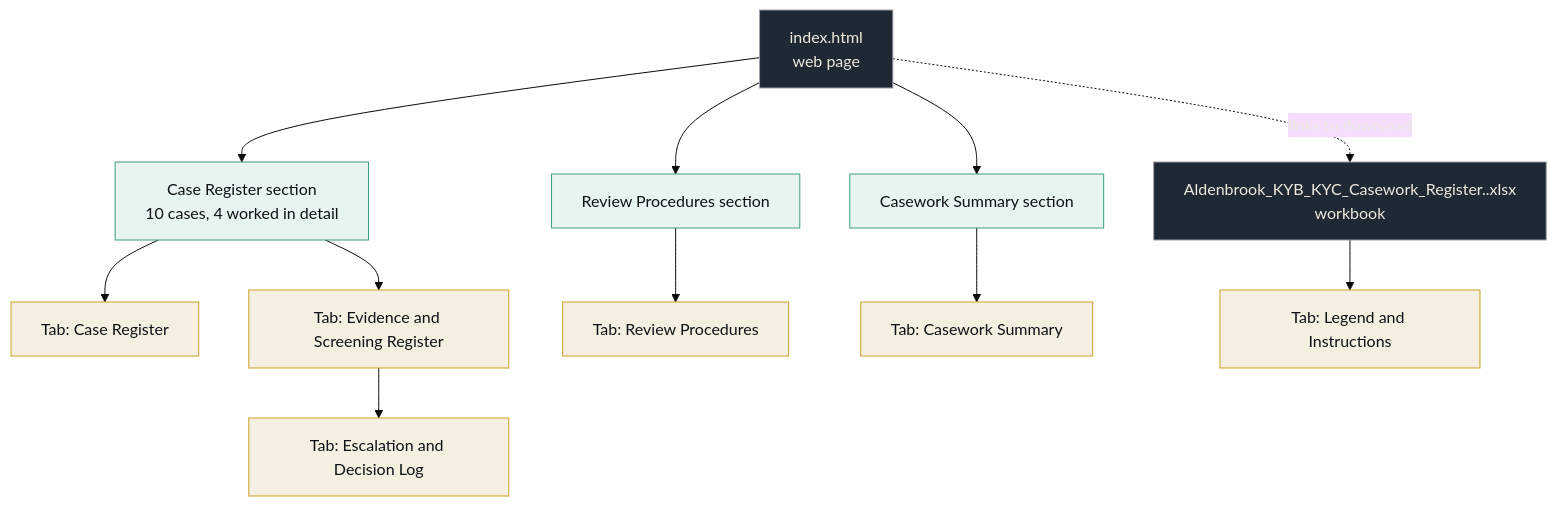
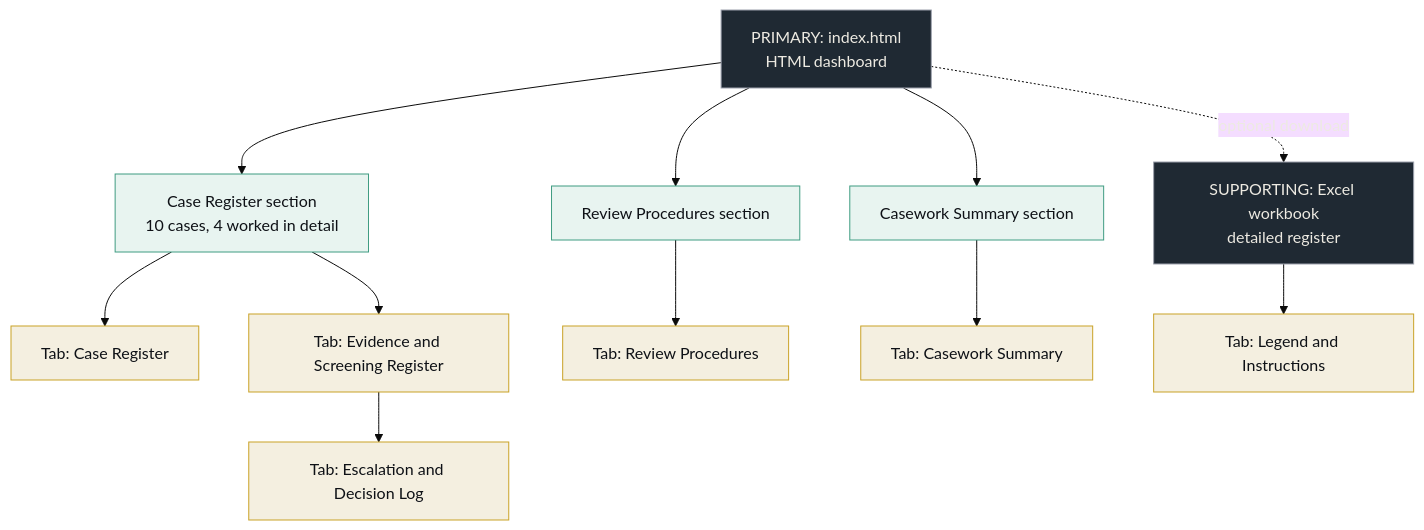
One commit to TJON-Star/Aldenbrook-Pay-KYB-KYC-Sanctions-Casework-Register changed the first of 7 diagrams in README.md. Above: the diagram before and after it, drawn with Mermaid (base theme). The commit also changed other lines of this file, not shown here.

Commit message:
Make HTML dashboard the primary project artifact

````diff
--- a/README.md
+++ b/README.md
@@ -19,25 +23,25 @@
 ```mermaid
 flowchart TB
-    WEB["index.html<br/>web page"]
-    XLSX["Aldenbrook_KYB_KYC_Casework_Register..xlsx<br/>workbook"]
-    WEB -.->|"links to download"| XLSX
+    WEB["PRIMARY: index.html<br/>HTML dashboard"]
+    XLSX["SUPPORTING: Excel workbook<br/>detailed register"]
+    WEB -.->|"optional download"| XLSX
 
     WEB --> C["Case Register section<br/>10 cases, 4 worked in detail"]
     WEB --> P["Review Procedures section"]
     WEB --> S["Casework Summary section"]
 
     C --> T1["Tab: Case Register"]
     C --> T2["Tab: Evidence and Screening Register"]
     P --> T3["Tab: Review Procedures"]
     S --> T6["Tab: Casework Summary"]
     T2 --> T4["Tab: Escalation and Decision Log"]
 
     XLSX --> T5["Tab: Legend and Instructions"]
 
     classDef root fill:#1f2933,stroke:#9CA0AC,color:#EDEAE2;
     classDef web fill:#e8f4f0,stroke:#3F9C82,color:#0E1116;
     classDef sheet fill:#f4efe0,stroke:#C9A227,color:#0E1116;
     class WEB,XLSX root;
     class C,P,S web;
     class T1,T2,T3,T4,T5,T6 sheet;
 ```
````
